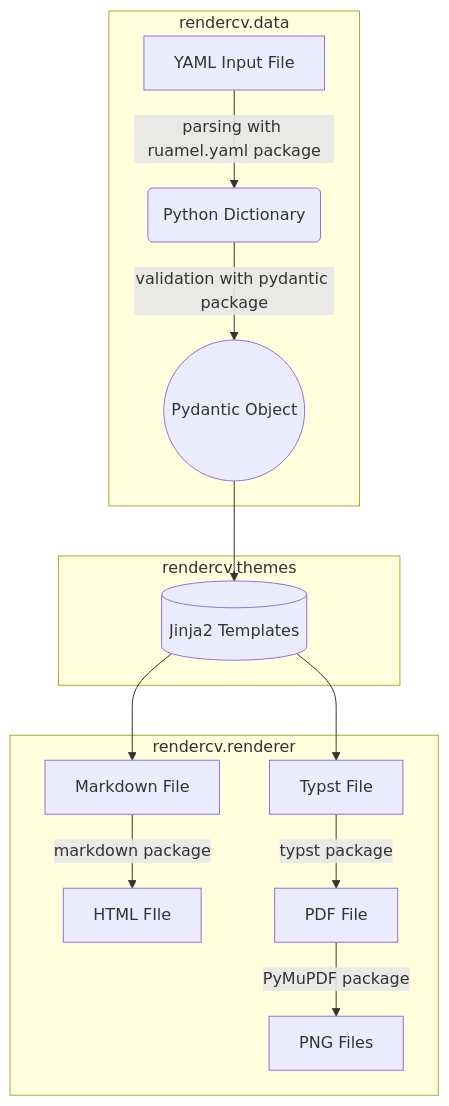
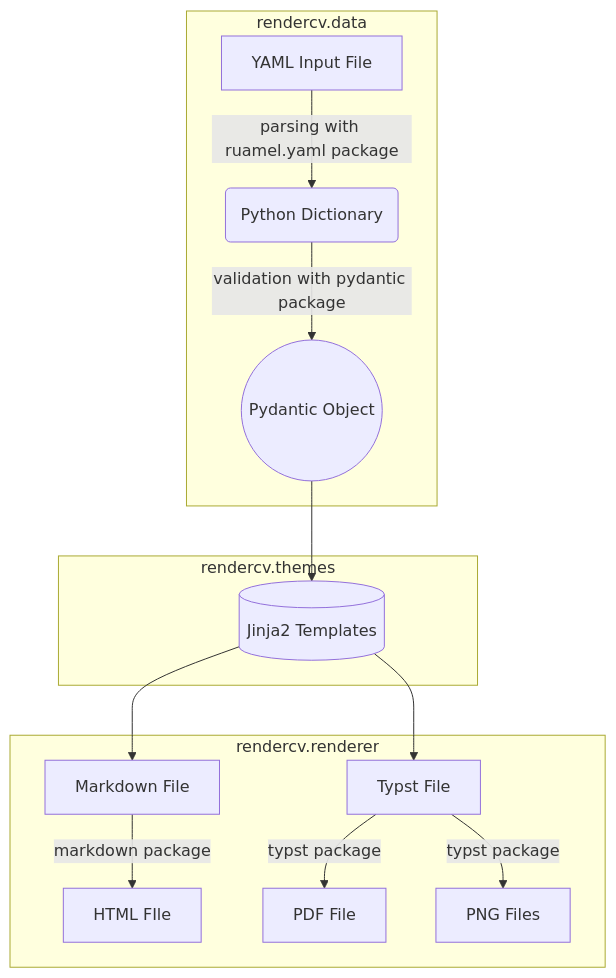
The diagram in docs/reference/index.md (sinaatalay/RenderCV), drawn with Mermaid before and after one commit. The commit also changed other lines of this file and 14 other files, not shown here.

````diff
--- a/docs/reference/index.md
+++ b/docs/reference/index.md
@@ -13,17 +13,17 @@
 ```mermaid
 flowchart TD
     subgraph rendercv.data
     A[YAML Input File] --parsing with ruamel.yaml package--> B(Python Dictionary)
     B --validation with pydantic package--> C((Pydantic Object))
     end
     subgraph rendercv.themes
     C --> AA[(Jinja2 Templates)]
     end
     AA --> D
     AA --> E
     subgraph rendercv.renderer
     E[Markdown File] --markdown package--> K[HTML FIle]
     D[Typst File] --typst package--> L[PDF File]
-    L --PyMuPDF package--> Z[PNG Files]
+    D --typst package-->  Z[PNG Files]
     end
 ```
````
